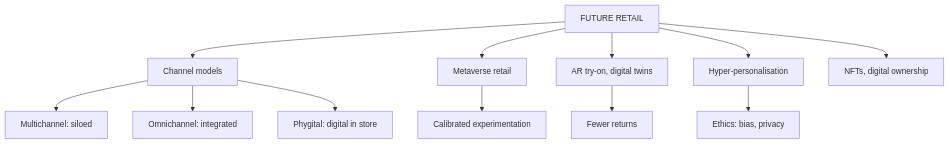
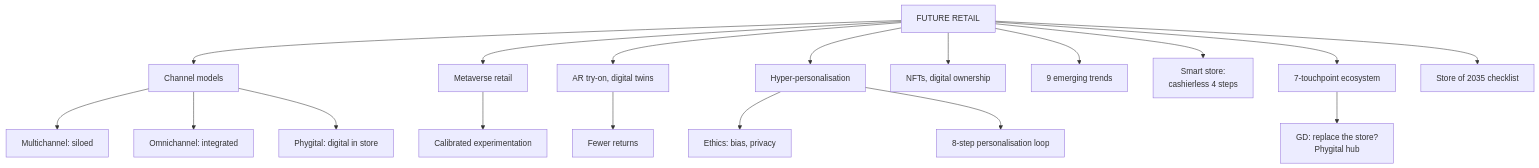
The diagram in content/recall/retail-management/Retail Management Unit 5 - DR-4 Omnichannel Phygital and Future Retail.md (Lokiragnarock/ahhh), drawn with Mermaid before and after one commit. The commit also changed other lines of this file and 6 other files, not shown here.

````diff
--- a/content/recall/retail-management/Retail Management Unit 5 - DR-4 Omnichannel Phygital and Future Retail.md
+++ b/content/recall/retail-management/Retail Management Unit 5 - DR-4 Omnichannel Phygital and Future Retail.md
@@ -109,14 +222,20 @@
 ```mermaid
 graph TD
     F["FUTURE RETAIL"] --> CH["Channel models"]
     CH --> MU["Multichannel: siloed"]
     CH --> OM["Omnichannel: integrated"]
     CH --> PH["Phygital: digital in store"]
     F --> MV["Metaverse retail"]
     F --> AR["AR try-on, digital twins"]
     F --> HP["Hyper-personalisation"]
     F --> NF["NFTs, digital ownership"]
     MV --> CE["Calibrated experimentation"]
     HP --> ET["Ethics: bias, privacy"]
     AR --> RT["Fewer returns"]
+    F --> NT["9 emerging trends"]
+    F --> SS["Smart store:<br/>cashierless 4 steps"]
+    HP --> LP["8-step personalisation loop"]
+    F --> EC["7-touchpoint ecosystem"]
+    EC --> GD["GD: replace the store?<br/>Phygital hub"]
+    F --> S35["Store of 2035 checklist"]
 ```
````
